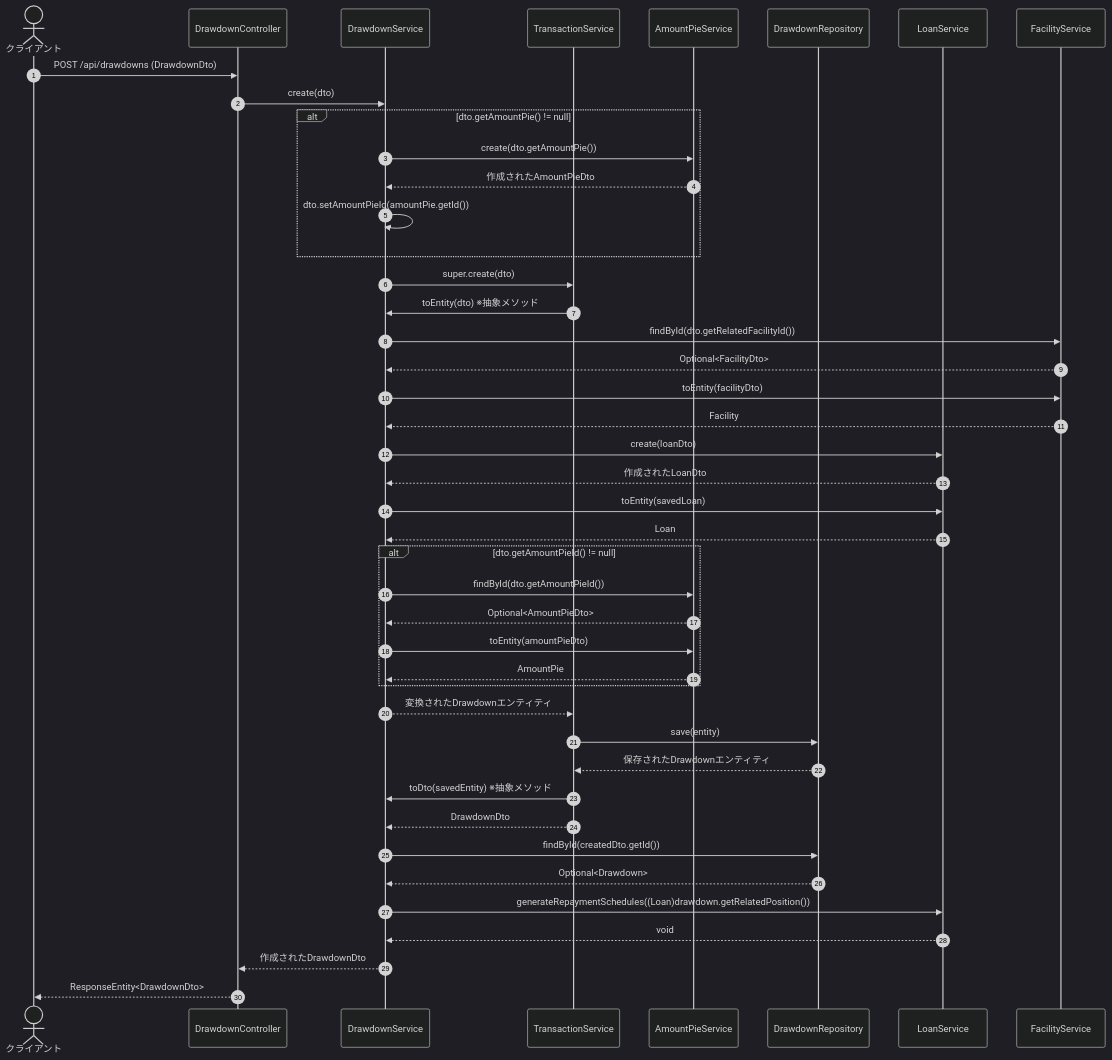
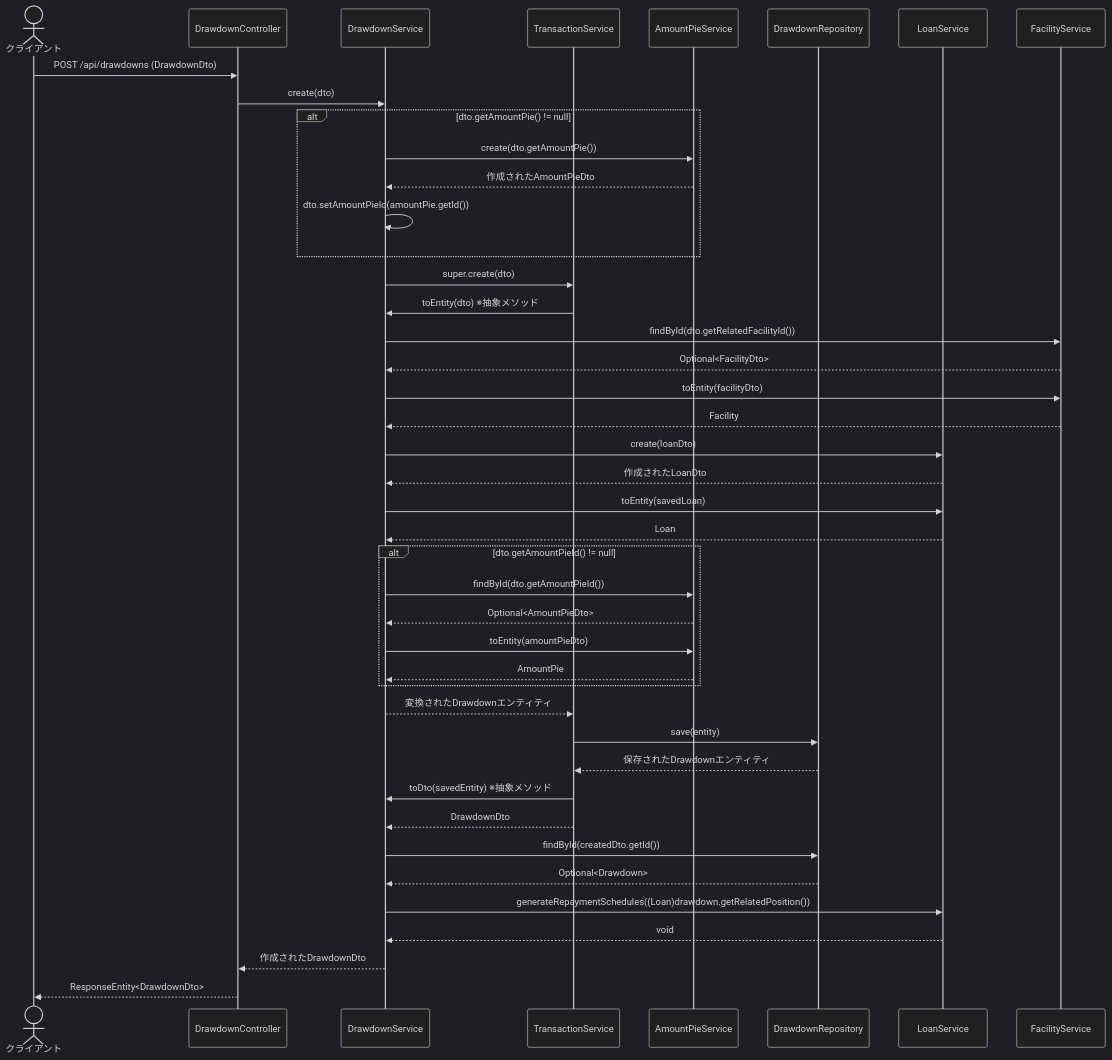
One commit to tis-abe-akira/ddd-breakthrough changed the diagram in docs/Drawdown_create.md. Above: the diagram before and after it, drawn with Mermaid (dark theme). The commit also changed other lines of this file, not shown here.

````diff
--- a/docs/Drawdown_create.md
+++ b/docs/Drawdown_create.md
@@ -3,56 +3,55 @@
 ```mermaid
 sequenceDiagram
-    autonumber
     actor Client as クライアント
     participant DC as DrawdownController
     participant DS as DrawdownService
     participant TS as TransactionService
     participant APS as AmountPieService
     participant DR as DrawdownRepository
     participant LS as LoanService
     participant FC as FacilityService
 
     Client->>DC: POST /api/drawdowns (DrawdownDto)
     DC->>DS: create(dto)
     
     alt dto.getAmountPie() != null
         DS->>APS: create(dto.getAmountPie())
         APS-->>DS: 作成されたAmountPieDto
         DS->>DS: dto.setAmountPieId(amountPie.getId())
     end
     
     DS->>TS: super.create(dto)
     TS->>DS: toEntity(dto) ※抽象メソッド
     
     DS->>FC: findById(dto.getRelatedFacilityId())
     FC-->>DS: Optional<FacilityDto>
     DS->>FC: toEntity(facilityDto)
     FC-->>DS: Facility
     
     DS->>LS: create(loanDto)
     LS-->>DS: 作成されたLoanDto
     DS->>LS: toEntity(savedLoan)
     LS-->>DS: Loan
     
     alt dto.getAmountPieId() != null
         DS->>APS: findById(dto.getAmountPieId())
         APS-->>DS: Optional<AmountPieDto>
         DS->>APS: toEntity(amountPieDto)
         APS-->>DS: AmountPie
     end
     
     DS-->>TS: 変換されたDrawdownエンティティ
     TS->>DR: save(entity)
     DR-->>TS: 保存されたDrawdownエンティティ
     TS->>DS: toDto(savedEntity) ※抽象メソッド
     TS-->>DS: DrawdownDto
     
     DS->>DR: findById(createdDto.getId())
     DR-->>DS: Optional<Drawdown>
     
     DS->>LS: generateRepaymentSchedules((Loan)drawdown.getRelatedPosition())
     LS-->>DS: void
     
     DS-->>DC: 作成されたDrawdownDto
     DC-->>Client: ResponseEntity<DrawdownDto>
 ```
````
